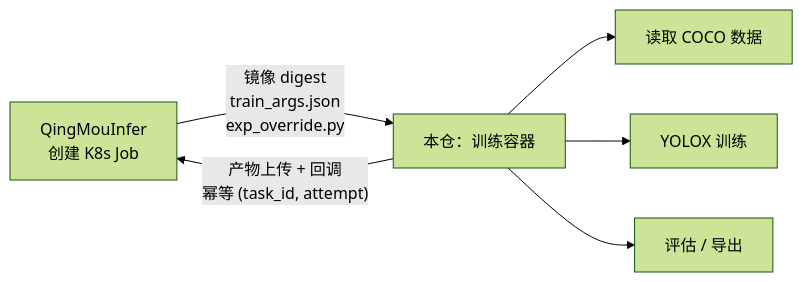
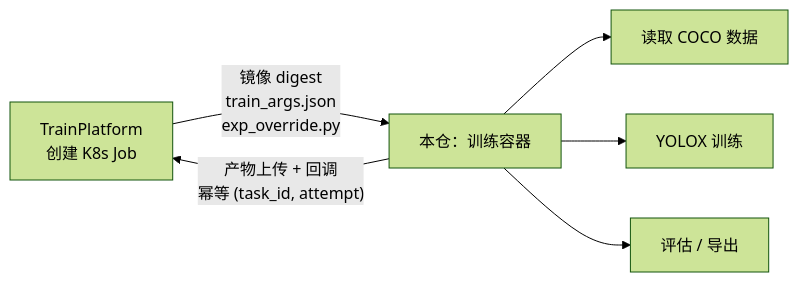
Before and after one commit to QingMouFoodDate/ModelTrain: the diagram in README.md, drawn with Mermaid (forest theme). The commit also changed other lines of this file, not shown here.

````diff
--- a/README.md
+++ b/README.md
@@ -36,8 +36,8 @@
 ```mermaid
 flowchart LR
-    I["QingMouInfer<br/>创建 K8s Job"] -->|"镜像 digest<br/>train_args.json<br/>exp_override.py"| J["本仓：训练容器"]
+    I["TrainPlatform<br/>创建 K8s Job"] -->|"镜像 digest<br/>train_args.json<br/>exp_override.py"| J["本仓：训练容器"]
     J --> W["读取 COCO 数据"]
     J --> X["YOLOX 训练"]
     J --> Y["评估 / 导出"]
     J -->|"产物上传 + 回调<br/>幂等 (task_id, attempt)"| I
 ```
````
